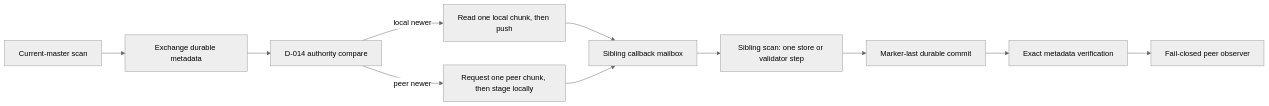
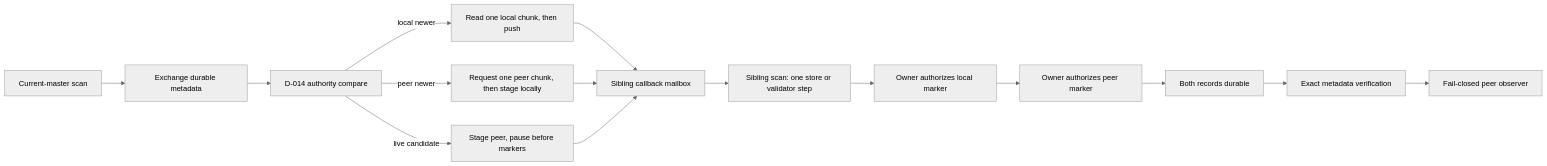
The tenth of 11 diagrams in docs/architecture/runtime-flow.md (NoahCLR/charybdis-4x6), drawn with Mermaid (neutral theme) before and after one commit. The commit also changed other lines of this file and 35 other files, not shown here.

Commit message:
Add distributed live-profile commit barrier

````diff
--- a/docs/architecture/runtime-flow.md
+++ b/docs/architecture/runtime-flow.md
@@ -296,13 +296,17 @@
 ```mermaid
 flowchart LR
     scan["Current-master scan"] --> metadata["Exchange durable metadata"]
     metadata --> compare["D-014 authority compare"]
     compare -->|local newer| push["Read one local chunk, then push"]
     compare -->|peer newer| pull["Request one peer chunk, then stage locally"]
+    compare -->|live candidate| prepare["Stage peer, pause before markers"]
     push --> mailbox["Sibling callback mailbox"]
     pull --> mailbox
+    prepare --> mailbox
     mailbox --> peer_scan["Sibling scan: one store or validator step"]
-    peer_scan --> durable["Marker-last durable commit"]
+    peer_scan --> local_marker["Owner authorizes local marker"]
+    local_marker --> peer_marker["Owner authorizes peer marker"]
+    peer_marker --> durable["Both records durable"]
     durable --> verify["Exact metadata verification"]
     verify --> authority["Fail-closed peer observer"]
 ```
````
